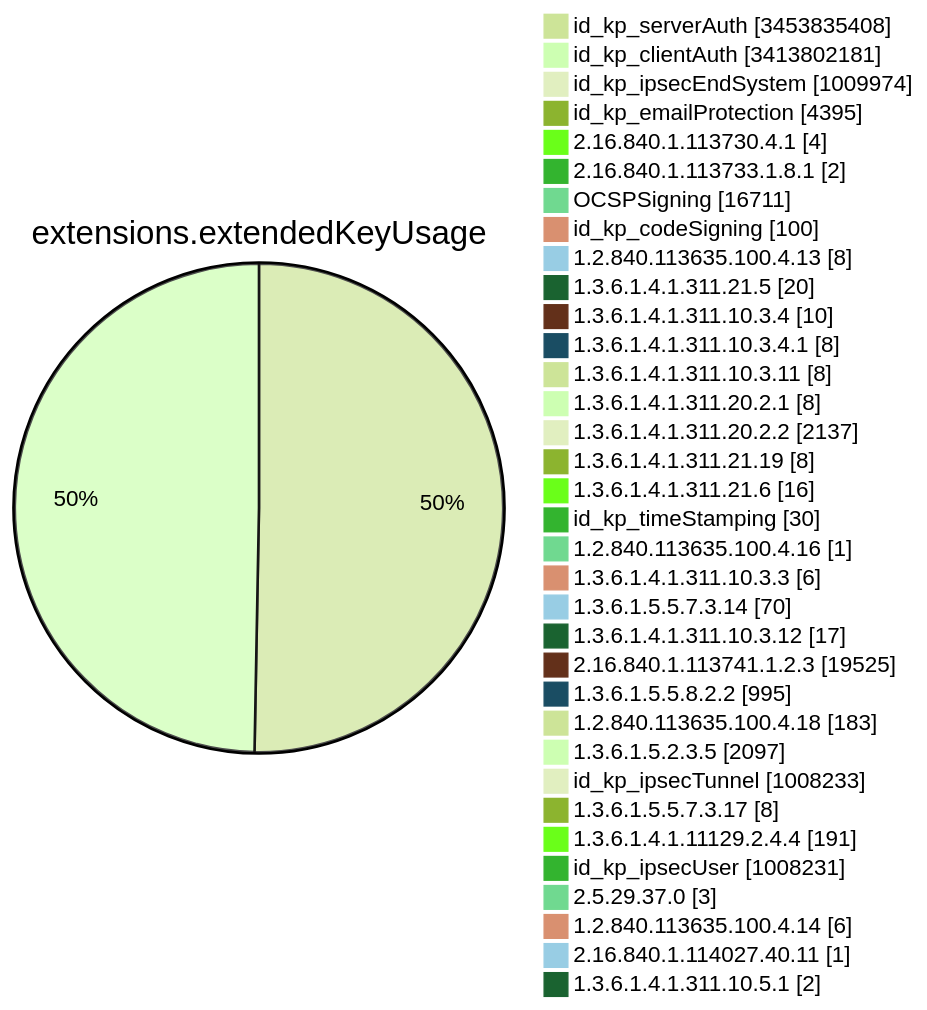
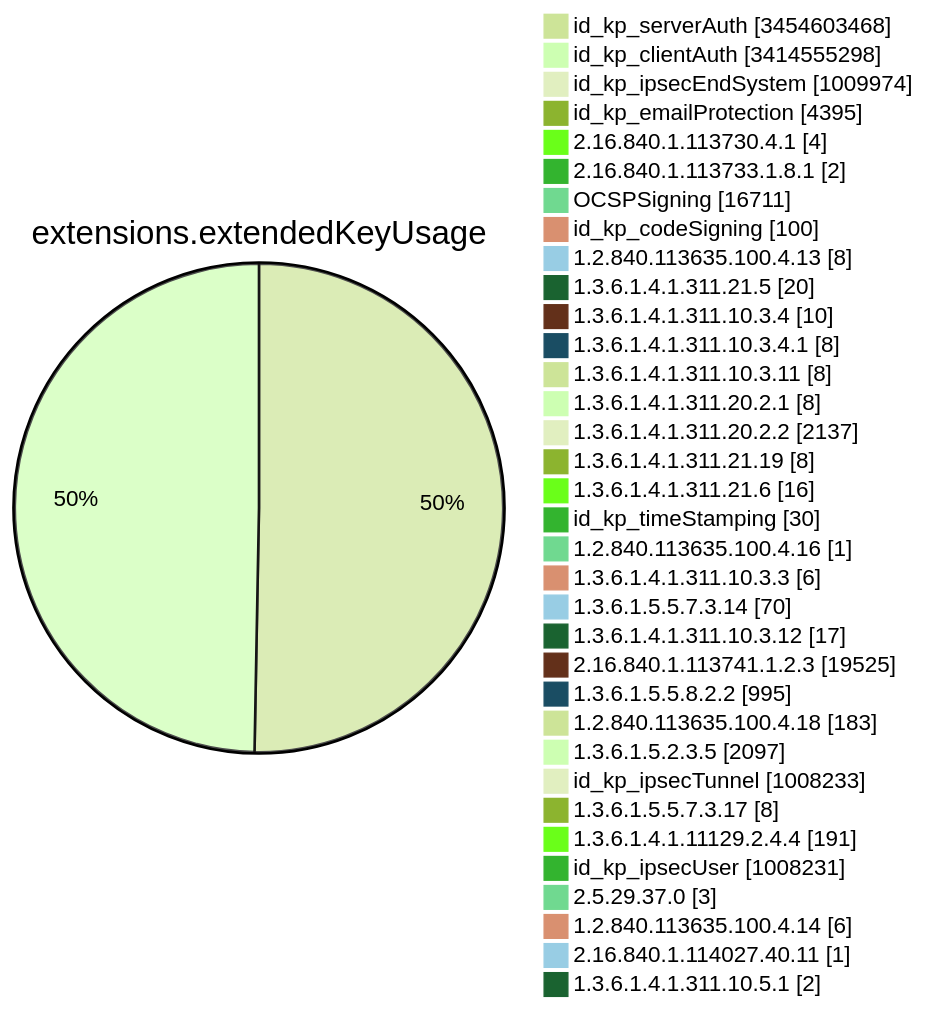
One commit to christiankrug/ctmonitor_visualization changed diagram 11 of 15 in TOTAL/README.md. Above: the diagram before and after it, drawn with Mermaid (forest theme). The commit also changed other lines of this file, not shown here.

````diff
--- a/TOTAL/README.md
+++ b/TOTAL/README.md
@@ -4123,38 +4123,38 @@
 ```mermaid
 pie showData
 title extensions.extendedKeyUsage
-"id_kp_serverAuth" :3453835408
-"id_kp_clientAuth" :3413802181
+"id_kp_serverAuth" :3454603468
+"id_kp_clientAuth" :3414555298
 "id_kp_ipsecEndSystem" :1009974
 "id_kp_emailProtection" :4395
 "2.16.840.1.113730.4.1" :4
 "2.16.840.1.113733.1.8.1" :2
 "OCSPSigning" :16711
 "id_kp_codeSigning" :100
 "1.2.840.113635.100.4.13" :8
 "1.3.6.1.4.1.311.21.5" :20
 "1.3.6.1.4.1.311.10.3.4" :10
 "1.3.6.1.4.1.311.10.3.4.1" :8
 "1.3.6.1.4.1.311.10.3.11" :8
 "1.3.6.1.4.1.311.20.2.1" :8
 "1.3.6.1.4.1.311.20.2.2" :2137
 "1.3.6.1.4.1.311.21.19" :8
 "1.3.6.1.4.1.311.21.6" :16
 "id_kp_timeStamping" :30
 "1.2.840.113635.100.4.16" :1
 "1.3.6.1.4.1.311.10.3.3" :6
 "1.3.6.1.5.5.7.3.14" :70
 "1.3.6.1.4.1.311.10.3.12" :17
 "2.16.840.1.113741.1.2.3" :19525
 "1.3.6.1.5.5.8.2.2" :995
 "1.2.840.113635.100.4.18" :183
 "1.3.6.1.5.2.3.5" :2097
 "id_kp_ipsecTunnel" :1008233
 "1.3.6.1.5.5.7.3.17" :8
 "1.3.6.1.4.1.11129.2.4.4" :191
 "id_kp_ipsecUser" :1008231
 "2.5.29.37.0" :3
 "1.2.840.113635.100.4.14" :6
 "2.16.840.1.114027.40.11" :1
 "1.3.6.1.4.1.311.10.5.1" :2
 ```
````
